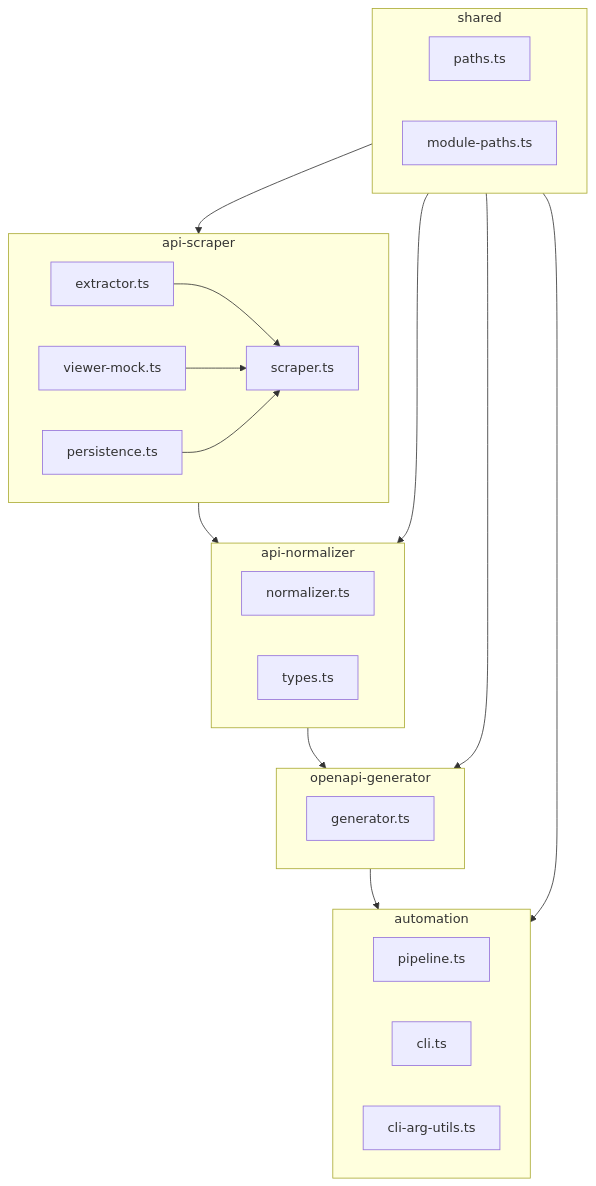
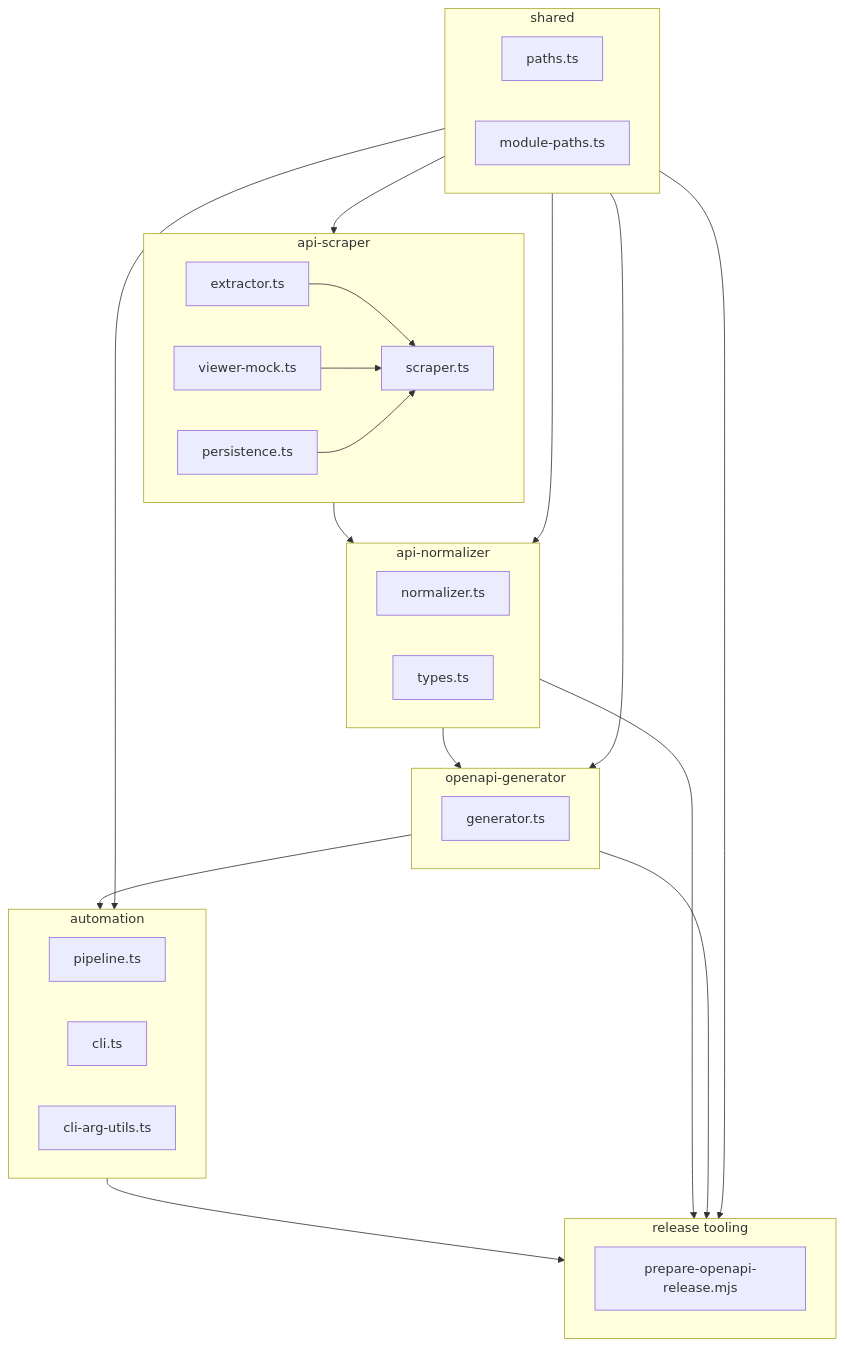
Before and after one commit to mihailfox/proxmox-openapi: the first of 3 diagrams in docs/architecture-low-level.md, drawn with Mermaid. The commit also changed other lines of this file and 5 other files, not shown here.

````diff
--- a/docs/architecture-low-level.md
+++ b/docs/architecture-low-level.md
@@ -9,31 +9,38 @@
 ```mermaid
 flowchart TD
     subgraph Scraper[api-scraper]
         A1[extractor.ts] --> A2[scraper.ts]
         A3[viewer-mock.ts] --> A2
         A4[persistence.ts] --> A2
     end
     subgraph Normalizer[api-normalizer]
         B1[normalizer.ts]
         B2[types.ts]
     end
     subgraph Generator[openapi-generator]
         C1[generator.ts]
     end
     subgraph Automation[automation]
         D1[pipeline.ts]
         D2[cli.ts]
         D3[cli-arg-utils.ts]
     end
+    subgraph Release[release tooling]
+        F1[prepare-openapi-release.mjs]
+    end
     subgraph Shared[shared]
         E1[paths.ts]
         E2[module-paths.ts]
     end
     Scraper --> Normalizer
     Normalizer --> Generator
     Generator --> Automation
+    Automation --> Release
+    Normalizer --> Release
+    Generator --> Release
     Shared --> Scraper
     Shared --> Normalizer
     Shared --> Generator
     Shared --> Automation
+    Shared --> Release
 ```
````
